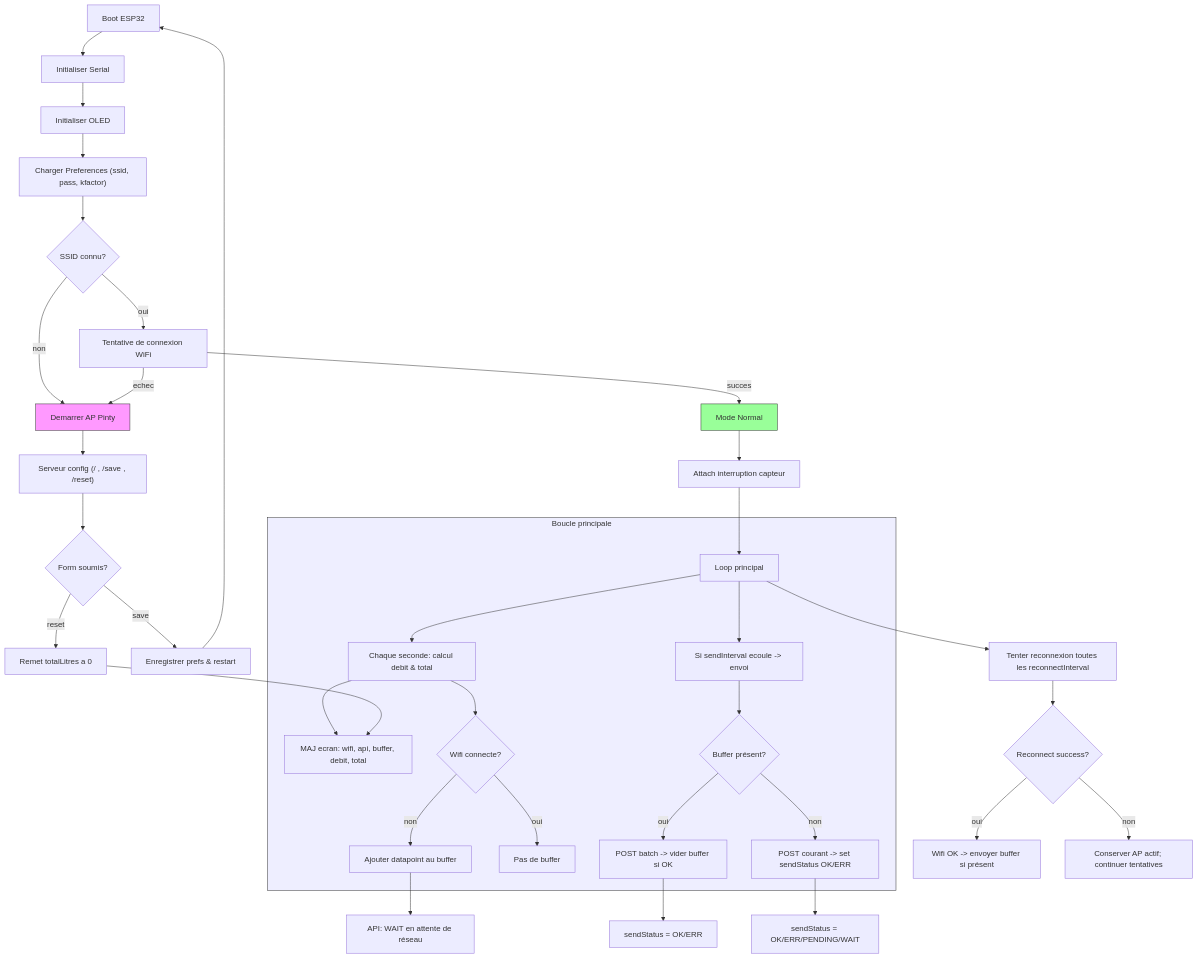
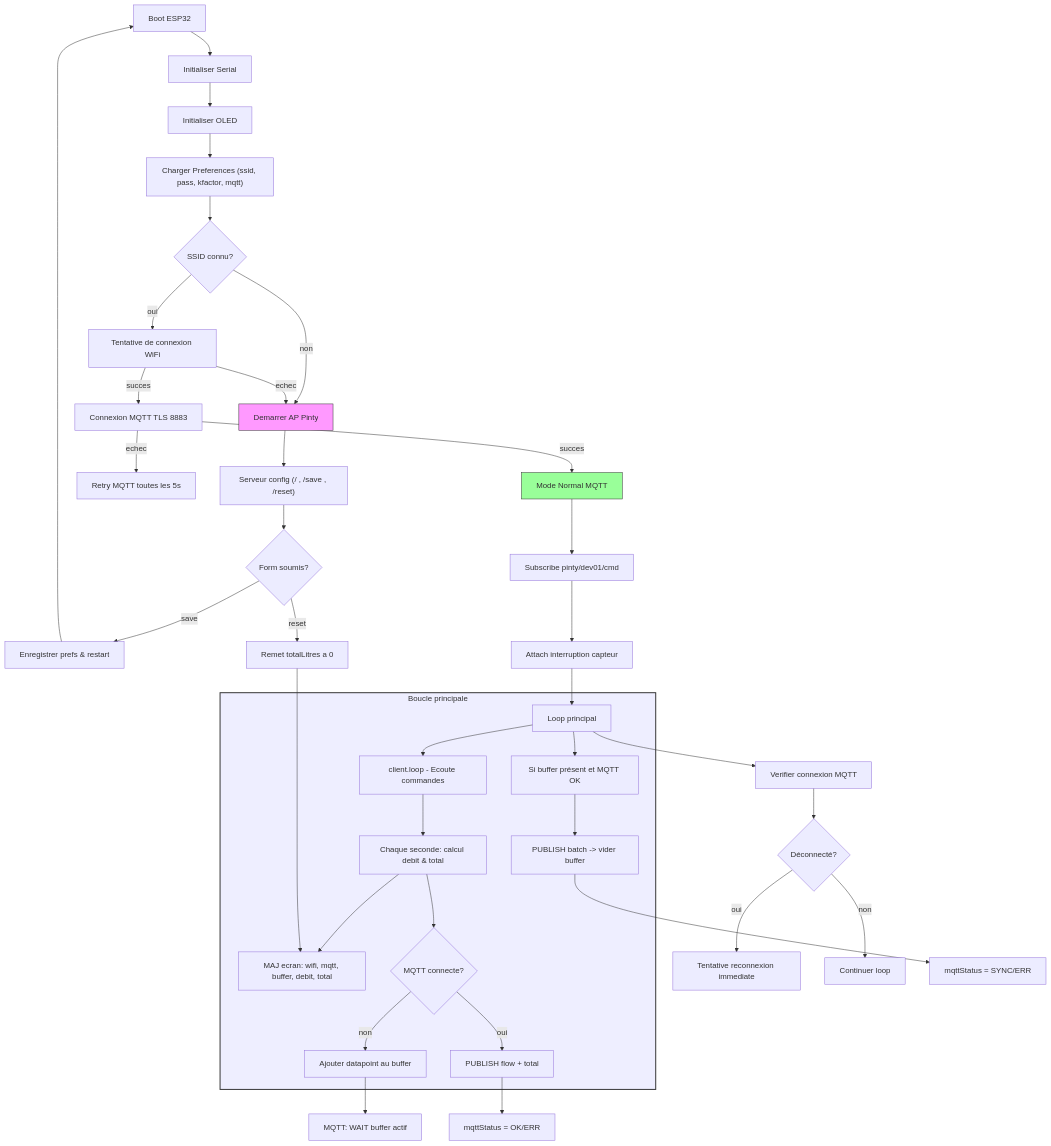
The diagram in pinty/phases.mmd (foucault-watt/pinty-esp), drawn with Mermaid before and after one commit. The commit also changed 2 other files, not shown here.

Commit message:
Refactor to use MQTT for data transmission
Replaces HTTP webhook logic with MQTT (TLS) for publishing flow and total data, including batch buffering and reconnection logic. Updates configuration and web interface to support MQTT broker settings. Refactors OLED display to show MQTT status and adds MQTT command handling for remote reset. Removes ArduinoWebsockets and HTTPClient dependencies, adds PubSubClient.

```diff
--- a/pinty/phases.mmd
+++ b/pinty/phases.mmd
@@ -1,47 +1,50 @@
 flowchart TD
   Boot[Boot ESP32] --> InitSerial[Initialiser Serial]
   InitSerial --> InitOLED[Initialiser OLED]
-  InitOLED --> LoadPrefs["Charger Preferences (ssid, pass, kfactor)"]
+  InitOLED --> LoadPrefs["Charger Preferences (ssid, pass, kfactor, mqtt)"]
   LoadPrefs --> HasSSID{SSID connu?}
   
   HasSSID -- oui --> Connect[Tentative de connexion WiFi]
   HasSSID -- non --> StartAP[Demarrer AP Pinty]
   
-  Connect -- succes --> NormalMode[Mode Normal]
+  Connect -- succes --> ConnectMQTT[Connexion MQTT TLS 8883]
   Connect -- echec --> StartAP
+
+  ConnectMQTT -- succes --> NormalMode[Mode Normal MQTT]
+  ConnectMQTT -- echec --> RetryMQTT[Retry MQTT toutes les 5s]
 
   StartAP --> APWait["Serveur config (/ , /save , /reset)"]
   APWait --> Save{Form soumis?}
   Save -- save --> Restart[Enregistrer prefs & restart]
   Save -- reset --> ResetTotal[Remet totalLitres a 0]
 
-  NormalMode --> AttachInt[Attach interruption capteur]
+  NormalMode --> SubscribeTopics[Subscribe pinty/dev01/cmd]
+  SubscribeTopics --> AttachInt[Attach interruption capteur]
   AttachInt --> Loop[Loop principal]
 
   subgraph LoopCycle [Boucle principale]
-    Loop --> EverySecond[Chaque seconde: calcul debit & total]
-    EverySecond --> UpdateOLED["MAJ ecran: wifi, api, buffer, debit, total"]
-    EverySecond --> BufferIfOffline{Wifi connecte?}
+    Loop --> MQTTLoop[client.loop - Ecoute commandes]
+    MQTTLoop --> EverySecond[Chaque seconde: calcul debit & total]
+    EverySecond --> UpdateOLED["MAJ ecran: wifi, mqtt, buffer, debit, total"]
+    EverySecond --> BufferIfOffline{MQTT connecte?}
     BufferIfOffline -- non --> AddBuffer[Ajouter datapoint au buffer]
-    BufferIfOffline -- oui --> NoBuffer[Pas de buffer]
-    Loop --> PeriodicSend[Si sendInterval ecoule -> envoi]
-    PeriodicSend --> SendDecision{Buffer présent?}
-    SendDecision -- oui --> SendBuffer[POST batch -> vider buffer si OK]
-    SendDecision -- non --> SendNow[POST courant -> set sendStatus OK/ERR]
+    BufferIfOffline -- oui --> PublishDirect[PUBLISH flow + total]
+    Loop --> CheckBuffer[Si buffer présent et MQTT OK]
+    CheckBuffer --> SendBatch[PUBLISH batch -> vider buffer]
   end
 
-  Loop --> ReconnectTimer[Tenter reconnexion toutes les reconnectInterval]
-  ReconnectTimer --> TryReconnect{Reconnect success?}
-  TryReconnect -- oui --> OnReconnect[Wifi OK -> envoyer buffer si présent]
-  TryReconnect -- non --> KeepAP[Conserver AP actif; continuer tentatives]
+  Loop --> ReconnectCheck[Verifier connexion MQTT]
+  ReconnectCheck --> MQTTDown{Déconnecté?}
+  MQTTDown -- oui --> ReconnectMQTT[Tentative reconnexion immediate]
+  MQTTDown -- non --> Continue[Continuer loop]
 
-  SendNow --> UpdateStatus[sendStatus = OK/ERR/PENDING/WAIT]
-  SendBuffer --> UpdateStatus2[sendStatus = OK/ERR]
-  AddBuffer --> UpdateStatus3[API: WAIT en attente de réseau]
+  PublishDirect --> UpdateStatus[mqttStatus = OK/ERR]
+  SendBatch --> UpdateStatus2[mqttStatus = SYNC/ERR]
+  AddBuffer --> UpdateStatus3[MQTT: WAIT buffer actif]
 
   ResetTotal --> UpdateOLED
   Restart --> Boot
 
   style StartAP fill:#f9f,stroke:#333,stroke-width:1px
   style NormalMode fill:#9f9,stroke:#333,stroke-width:1px
-  style LoopCycle fill:#eef,stroke:#333,stroke-width:1px
+  style LoopCycle fill:#eef,stroke:#333,stroke-width:1px  style ConnectMQTT fill:#9cf,stroke:#333,stroke-width:2px
```
